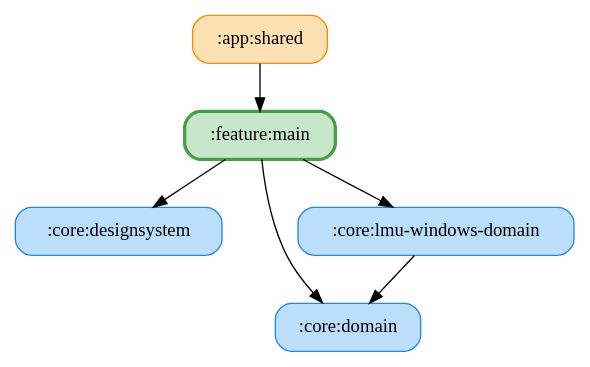
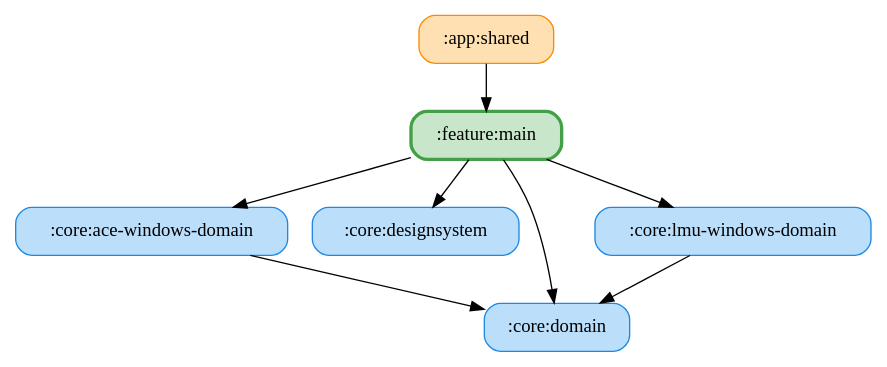
One commit to ai-kurou/KoDriver changed the diagram in docs/graphs/feature-main.gv. Above: the diagram before and after it, drawn with Graphviz. The commit also changed 34 other files, not shown here.

Commit message:
chore: update module graph images

```diff
--- a/docs/graphs/feature-main.gv
+++ b/docs/graphs/feature-main.gv
@@ -1,14 +1,17 @@
 digraph G {
   rankdir=TB
   node [shape=box, style="rounded,filled"]
   ":app:shared" [fillcolor="#FFE0B2", color="#FB8C00", penwidth=1]
+  ":core:ace-windows-domain" [fillcolor="#BBDEFB", color="#1E88E5", penwidth=1]
   ":core:designsystem" [fillcolor="#BBDEFB", color="#1E88E5", penwidth=1]
   ":core:domain" [fillcolor="#BBDEFB", color="#1E88E5", penwidth=1]
   ":core:lmu-windows-domain" [fillcolor="#BBDEFB", color="#1E88E5", penwidth=1]
   ":feature:main" [fillcolor="#C8E6C9", color="#43A047", penwidth=2.5]
   ":app:shared" -> ":feature:main"
+  ":core:ace-windows-domain" -> ":core:domain"
   ":core:lmu-windows-domain" -> ":core:domain"
   ":feature:main" -> ":core:domain"
+  ":feature:main" -> ":core:ace-windows-domain"
   ":feature:main" -> ":core:lmu-windows-domain"
   ":feature:main" -> ":core:designsystem"
 }
```
